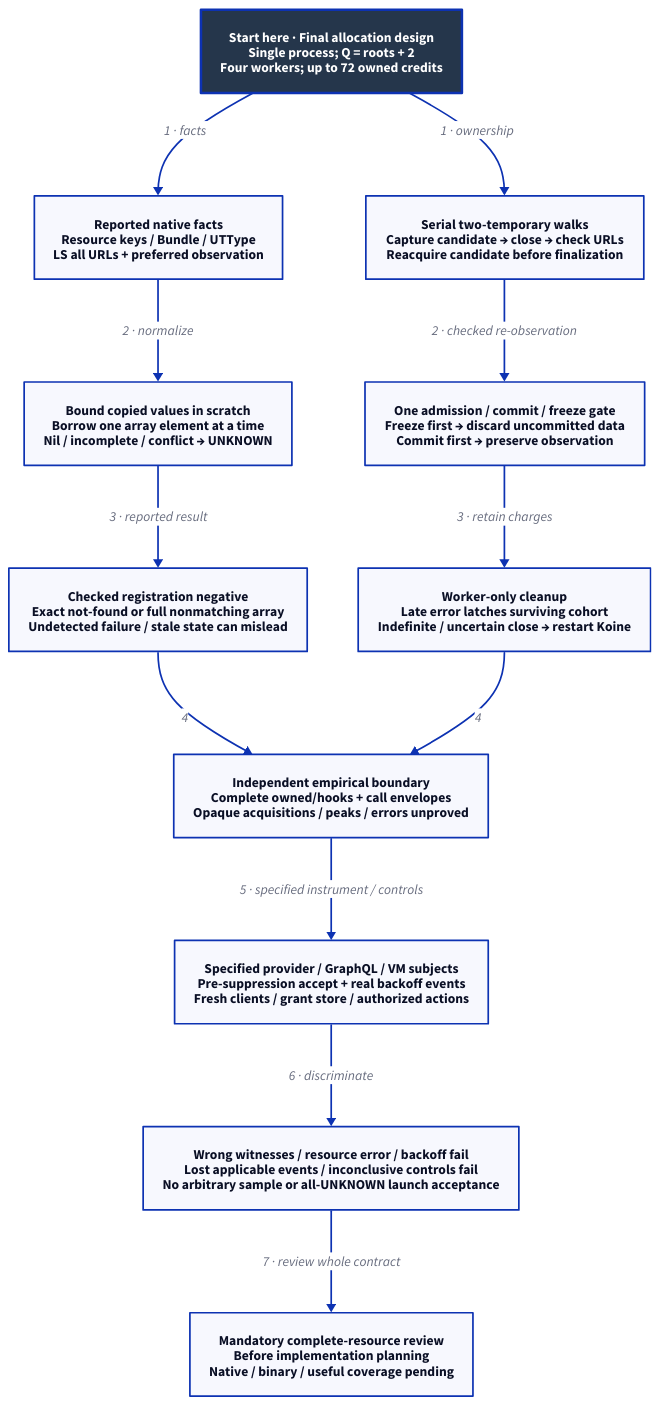
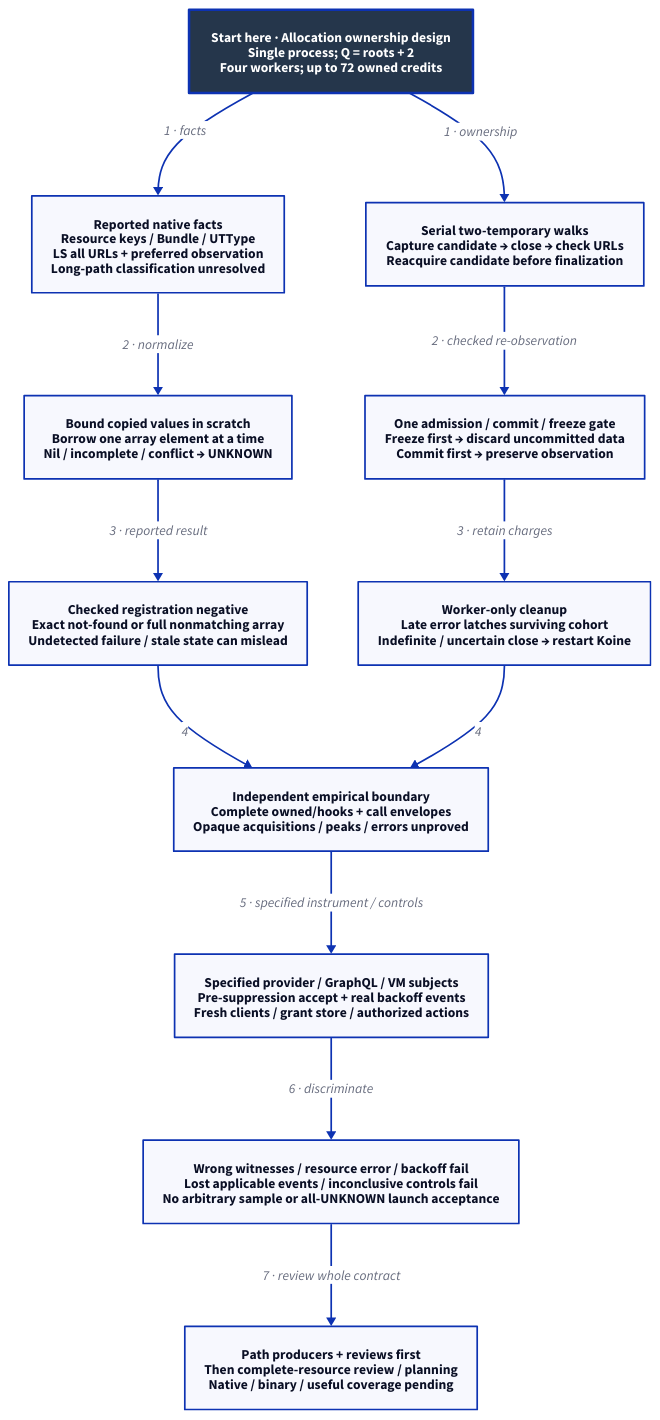
Before and after one commit to Linkuistics/Koine: the diagram in docs/design/architecture/search-resources.d2, drawn with D2. The commit also changed 31 other files, not shown here.

First line of the commit message:
search-canonical-paths-k121: integrate canonical-path review

```diff
--- a/docs/design/architecture/search-resources.d2
+++ b/docs/design/architecture/search-resources.d2
@@ -1,27 +1,27 @@
-# Final allocation/subject construction design; review, execution and native acceptance pending.
+# Allocation ownership/subject construction design; path integration pending; review, execution and native acceptance pending.
 direction: down
 classes: {
   start: {style: {fill: "#25364B"; font-color: "#FFFFFF"; bold: true; stroke-width: 3}}
 }
-Start: "Start here · Final allocation design\nSingle process; Q = roots + 2\nFour workers; up to 72 owned credits" {class: start}
-Facts: "Reported native facts\nResource keys / Bundle / UTType\nLS all URLs + preferred observation"
+Start: "Start here · Allocation ownership design\nSingle process; Q = roots + 2\nFour workers; up to 72 owned credits" {class: start}
+Facts: "Reported native facts\nResource keys / Bundle / UTType\nLS all URLs + preferred observation\nLong-path classification unresolved"
 Values: "Bound copied values in scratch\nBorrow one array element at a time\nNil / incomplete / conflict → UNKNOWN"
 Meaning: "Checked registration negative\nExact not-found or full nonmatching array\nUndetected failure / stale state can mislead"
 Ownership: "Serial two-temporary walks\nCapture candidate → close → check URLs\nReacquire candidate before finalization"
 Gate: "One admission / commit / freeze gate\nFreeze first → discard uncommitted data\nCommit first → preserve observation"
 Recovery: "Worker-only cleanup\nLate error latches surviving cohort\nIndefinite / uncertain close → restart Koine"
 Evidence: "Independent empirical boundary\nComplete owned/hooks + call envelopes\nOpaque acquisitions / peaks / errors unproved"
 Subjects: "Specified provider / GraphQL / VM subjects\nPre-suppression accept + real backoff events\nFresh clients / grant store / authorized actions"
 Failures: "Wrong witnesses / resource error / backoff fail\nLost applicable events / inconclusive controls fail\nNo arbitrary sample or all-UNKNOWN launch acceptance"
-Review: "Mandatory complete-resource review\nBefore implementation planning\nNative / binary / useful coverage pending"
+Review: "Path producers + reviews first\nThen complete-resource review / planning\nNative / binary / useful coverage pending"
 Start -> Facts: "1 · facts"
 Start -> Ownership: "1 · ownership"
 Facts -> Values: "2 · normalize"
 Values -> Meaning: "3 · reported result"
 Ownership -> Gate: "2 · checked re-observation"
 Gate -> Recovery: "3 · retain charges"
 Meaning -> Evidence: "4"
 Recovery -> Evidence: "4"
 Evidence -> Subjects: "5 · specified instrument / controls"
 Subjects -> Failures: "6 · discriminate"
 Failures -> Review: "7 · review whole contract"
```
